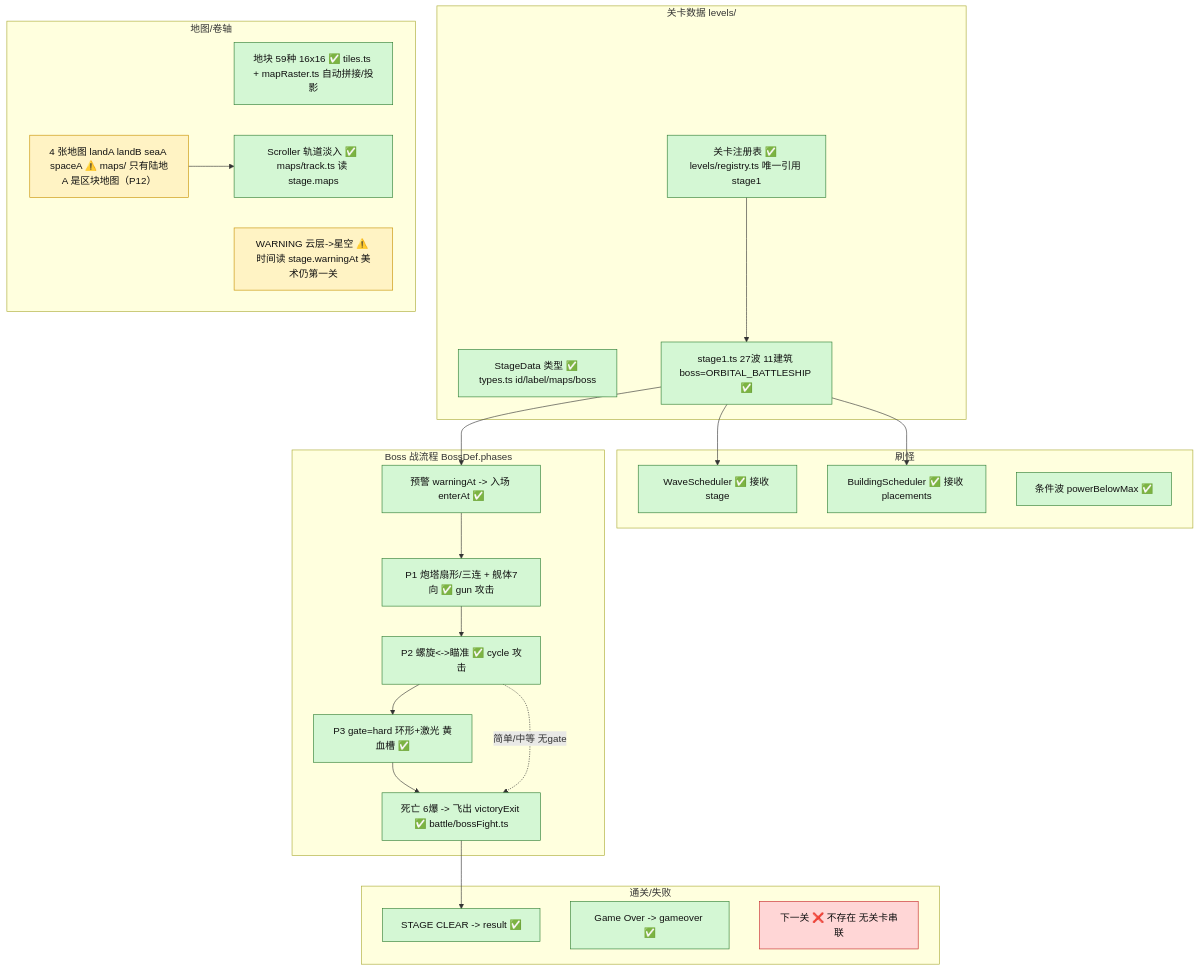
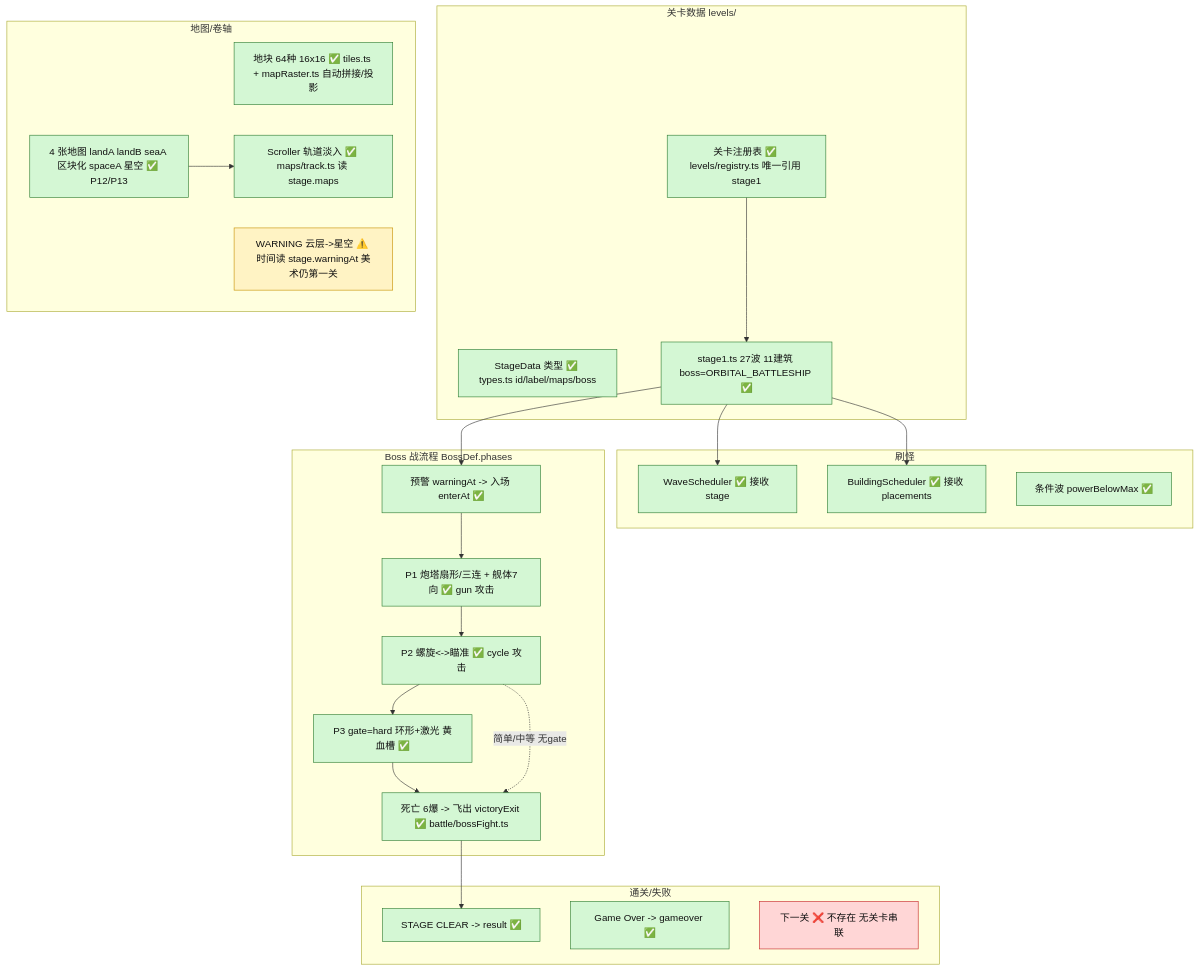
Before and after one commit to thedb/dianlei: the fourth of 5 diagrams in docs/电雷_架构图_P11.md, drawn with Mermaid. The commit also changed other lines of this file and 18 other files, not shown here.

First line of the commit message:
P13：陆地B、海面A 改成区块地图，启动页只留游戏名

````diff
--- a/docs/电雷_架构图_P11.md
+++ b/docs/电雷_架构图_P11.md
@@ -239,47 +239,47 @@
 ```mermaid
 flowchart TD
   classDef done fill:#d4f7d4,stroke:#2e7d32,color:#111
   classDef partial fill:#fff3c4,stroke:#c79100,color:#111
   classDef hard fill:#ffd6d6,stroke:#c62828,color:#111
 
   subgraph DATA["关卡数据 levels/"]
     SD["StageData 类型 ✅ types.ts id/label/maps/boss"]:::done
     S1["stage1.ts 27波 11建筑 boss=ORBITAL_BATTLESHIP ✅"]:::done
     REGS["关卡注册表 ✅ levels/registry.ts 唯一引用 stage1"]:::done
   end
 
   subgraph MAP["地图/卷轴"]
-    T1["地块 59种 16x16 ✅ tiles.ts + mapRaster.ts 自动拼接/投影"]:::done
-    T2["4 张地图 landA landB seaA spaceA ⚠️ maps/ 只有陆地A 是区块地图（P12）"]:::partial
+    T1["地块 64种 16x16 ✅ tiles.ts + mapRaster.ts 自动拼接/投影"]:::done
+    T2["4 张地图 landA landB seaA 区块化 spaceA 星空 ✅ P12/P13"]:::done
     T3["Scroller 轨道淡入 ✅ maps/track.ts 读 stage.maps"]:::done
     T4["WARNING 云层->星空 ⚠️ 时间读 stage.warningAt 美术仍第一关"]:::partial
   end
 
   subgraph SPAWN["刷怪"]
     W1["WaveScheduler ✅ 接收 stage"]:::done
     W2["BuildingScheduler ✅ 接收 placements"]:::done
     W3["条件波 powerBelowMax ✅"]:::done
   end
 
   subgraph BF["Boss 战流程 BossDef.phases"]
     BF1["预警 warningAt -> 入场 enterAt ✅"]:::done
     BF2["P1 炮塔扇形/三连 + 舰体7向 ✅ gun 攻击"]:::done
     BF3["P2 螺旋<->瞄准 ✅ cycle 攻击"]:::done
     BF4["P3 gate=hard 环形+激光 黄血槽 ✅"]:::done
     BF5["死亡 6爆 -> 飞出 victoryExit ✅ battle/bossFight.ts"]:::done
   end
 
   subgraph END["通关/失败"]
     R1["STAGE CLEAR -> result ✅"]:::done
     R2["Game Over -> gameover ✅"]:::done
     R3["下一关 ❌ 不存在 无关卡串联"]:::hard
   end
 
   REGS --> S1
   S1 --> W1
   S1 --> W2
   S1 --> BF1
   T2 --> T3
   BF1 --> BF2 --> BF3 --> BF4 --> BF5 --> R1
   BF3 -.简单/中等 无gate.-> BF5
 ```
````
